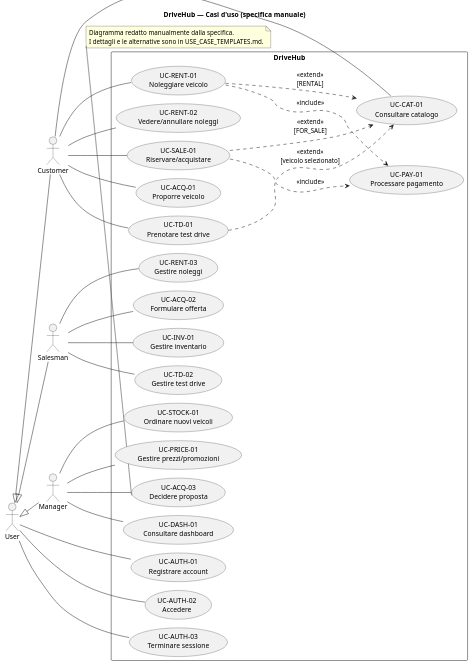
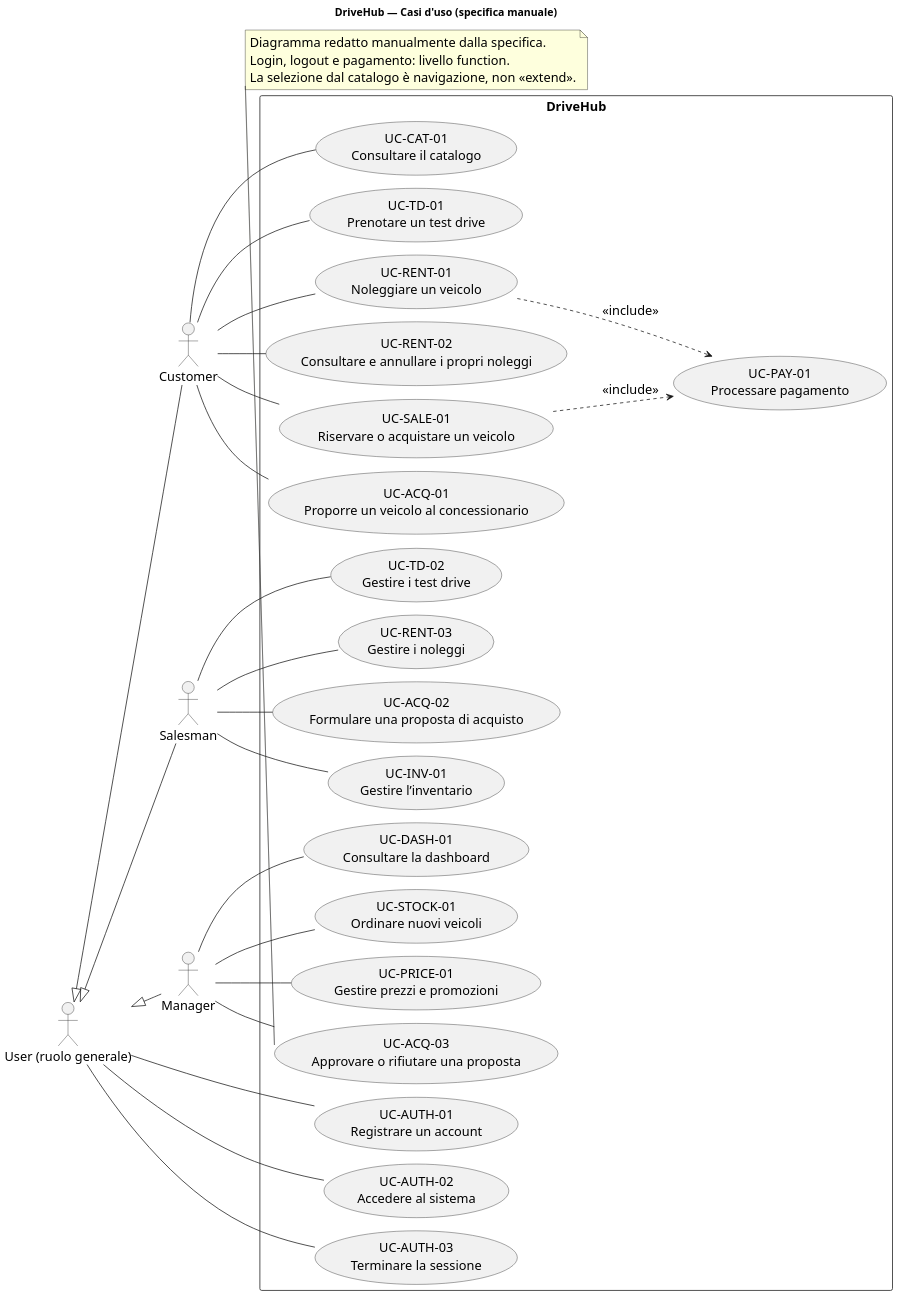
The diagram in DriveHub/docs/diagrams/use-cases.puml (fededamo/SWE), drawn with PlantUML before and after one commit. The commit also changed 210 other files, not shown here.

```diff
--- a/DriveHub/docs/diagrams/use-cases.puml
+++ b/DriveHub/docs/diagrams/use-cases.puml
@@ -1,68 +1,68 @@
 @startuml
 !pragma layout smetana
 title DriveHub — Casi d'uso (specifica manuale)
 left to right direction
 skinparam packageStyle rectangle
 skinparam shadowing false
+skinparam defaultFontSize 17
+skinparam dpi 150
 
-actor User
+actor "User (ruolo generale)" as User
 actor Customer
 actor Salesman
 actor Manager
 User <|-- Customer
 User <|-- Salesman
 User <|-- Manager
 
 rectangle DriveHub {
-  usecase "UC-AUTH-01\nRegistrare account" as Register
-  usecase "UC-AUTH-02\nAccedere" as Login
-  usecase "UC-AUTH-03\nTerminare sessione" as Logout
+  usecase "UC-AUTH-01\nRegistrare un account" as Register
+  usecase "UC-AUTH-02\nAccedere al sistema" as Login
+  usecase "UC-AUTH-03\nTerminare la sessione" as Logout
 
-  usecase "UC-CAT-01\nConsultare catalogo" as Catalog
-  usecase "UC-TD-01\nPrenotare test drive" as BookTD
-  usecase "UC-RENT-01\nNoleggiare veicolo" as Rent
-  usecase "UC-RENT-02\nVedere/annullare noleggi" as MyRentals
-  usecase "UC-SALE-01\nRiservare/acquistare" as Sale
-  usecase "UC-ACQ-01\nProporre veicolo" as Sell
+  usecase "UC-CAT-01\nConsultare il catalogo" as Catalog
+  usecase "UC-TD-01\nPrenotare un test drive" as BookTD
+  usecase "UC-RENT-01\nNoleggiare un veicolo" as Rent
+  usecase "UC-RENT-02\nConsultare e annullare i propri noleggi" as MyRentals
+  usecase "UC-SALE-01\nRiservare o acquistare un veicolo" as Sale
+  usecase "UC-ACQ-01\nProporre un veicolo al concessionario" as Sell
   usecase "UC-PAY-01\nProcessare pagamento" as Pay
 
-  usecase "UC-TD-02\nGestire test drive" as ManageTD
-  usecase "UC-RENT-03\nGestire noleggi" as ManageRent
-  usecase "UC-ACQ-02\nFormulare offerta" as Offer
-  usecase "UC-INV-01\nGestire inventario" as Inventory
+  usecase "UC-TD-02\nGestire i test drive" as ManageTD
+  usecase "UC-RENT-03\nGestire i noleggi" as ManageRent
+  usecase "UC-ACQ-02\nFormulare una proposta di acquisto" as Offer
+  usecase "UC-INV-01\nGestire l’inventario" as Inventory
 
-  usecase "UC-DASH-01\nConsultare dashboard" as Dashboard
+  usecase "UC-DASH-01\nConsultare la dashboard" as Dashboard
   usecase "UC-STOCK-01\nOrdinare nuovi veicoli" as Stock
-  usecase "UC-PRICE-01\nGestire prezzi/promozioni" as Pricing
-  usecase "UC-ACQ-03\nDecidere proposta" as Approve
+  usecase "UC-PRICE-01\nGestire prezzi e promozioni" as Pricing
+  usecase "UC-ACQ-03\nApprovare o rifiutare una proposta" as Approve
 }
 
 User -- Register
 User -- Login
 User -- Logout
 Customer -- Catalog
 Customer -- BookTD
 Customer -- Rent
 Customer -- MyRentals
 Customer -- Sale
 Customer -- Sell
 Salesman -- ManageTD
 Salesman -- ManageRent
 Salesman -- Offer
 Salesman -- Inventory
 Manager -- Dashboard
 Manager -- Stock
 Manager -- Pricing
 Manager -- Approve
 
 Rent ..> Pay : <<include>>
 Sale ..> Pay : <<include>>
-BookTD ..> Catalog : <<extend>>\n[veicolo selezionato]
-Rent ..> Catalog : <<extend>>\n[RENTAL]
-Sale ..> Catalog : <<extend>>\n[FOR_SALE]
 
 note bottom
   Diagramma redatto manualmente dalla specifica.
-  I dettagli e le alternative sono in USE_CASE_TEMPLATES.md.
+  Login, logout e pagamento: livello function.
+  La selezione dal catalogo è navigazione, non «extend».
 end note
 @enduml
```
